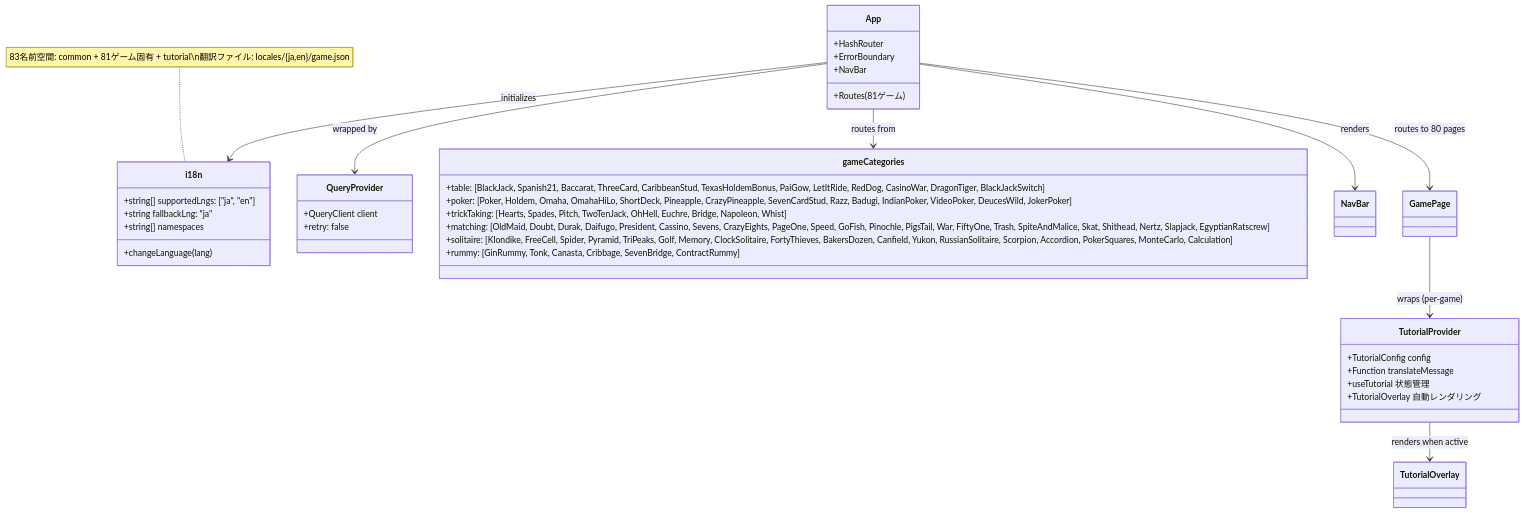
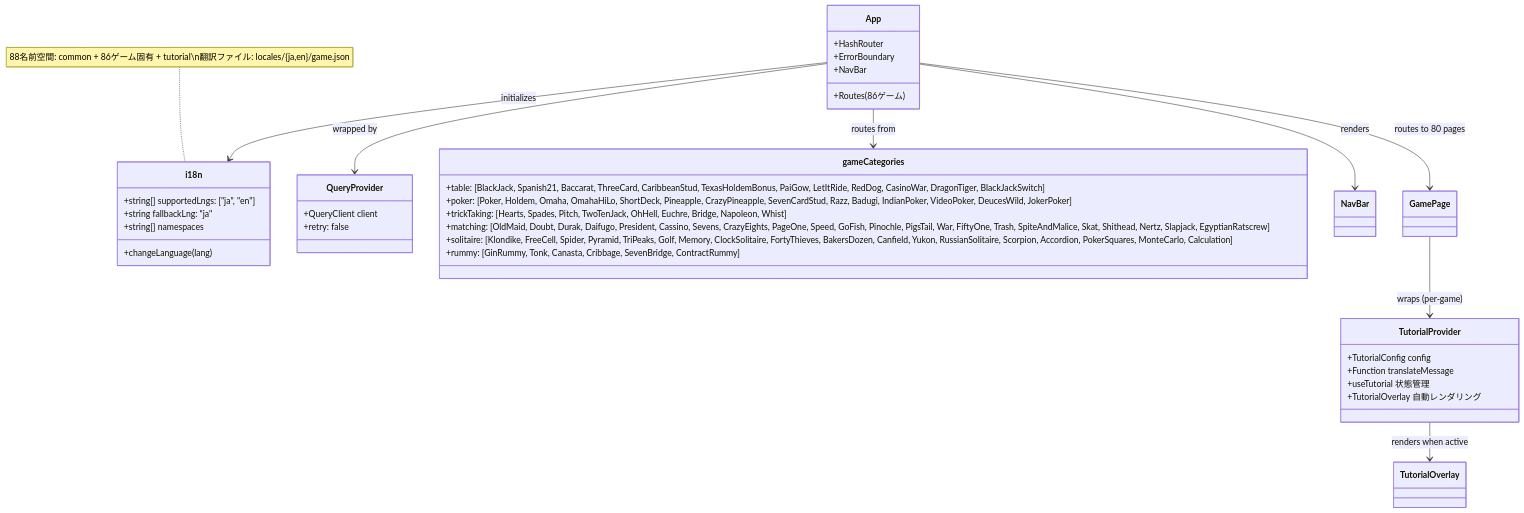
One commit to yuta-yoshinaga/go_trumpcards changed the ninth of 40 diagrams in docs/design/frontend.md. Above: the diagram before and after it, drawn with Mermaid. The commit also changed other lines of this file and 3 other files, not shown here.

````diff
--- a/docs/design/frontend.md
+++ b/docs/design/frontend.md
@@ -1882,47 +1882,47 @@
 ```mermaid
 classDiagram
     class i18n {
         +string[] supportedLngs: ["ja", "en"]
         +string fallbackLng: "ja"
         +string[] namespaces
         +changeLanguage(lang)
     }
 
     class QueryProvider {
         +QueryClient client
         +retry: false
     }
 
     class App {
         +HashRouter
         +ErrorBoundary
         +NavBar
-        +Routes (81ゲーム)
+        +Routes (86ゲーム)
     }
 
     class gameCategories {
         +table: [BlackJack, Spanish21, Baccarat, ThreeCard, CaribbeanStud, TexasHoldemBonus, PaiGow, LetItRide, RedDog, CasinoWar, DragonTiger, BlackJackSwitch]
         +poker: [Poker, Holdem, Omaha, OmahaHiLo, ShortDeck, Pineapple, CrazyPineapple, SevenCardStud, Razz, Badugi, IndianPoker, VideoPoker, DeucesWild, JokerPoker]
         +trickTaking: [Hearts, Spades, Pitch, TwoTenJack, OhHell, Euchre, Bridge, Napoleon, Whist]
         +matching: [OldMaid, Doubt, Durak, Daifugo, President, Cassino, Sevens, CrazyEights, PageOne, Speed, GoFish, Pinochle, PigsTail, War, FiftyOne, Trash, SpiteAndMalice, Skat, Shithead, Nertz, Slapjack, EgyptianRatscrew]
         +solitaire: [Klondike, FreeCell, Spider, Pyramid, TriPeaks, Golf, Memory, ClockSolitaire, FortyThieves, BakersDozen, Canfield, Yukon, RussianSolitaire, Scorpion, Accordion, PokerSquares, MonteCarlo, Calculation]
         +rummy: [GinRummy, Tonk, Canasta, Cribbage, SevenBridge, ContractRummy]
     }
 
     class TutorialProvider {
         +TutorialConfig config
         +Function translateMessage
         +useTutorial 状態管理
         +TutorialOverlay 自動レンダリング
     }
 
     App --> QueryProvider : wrapped by
     App --> i18n : initializes
     App --> gameCategories : routes from
     App --> NavBar : renders
     App --> GamePage : routes to 80 pages
     GamePage --> TutorialProvider : wraps (per-game)
     TutorialProvider --> TutorialOverlay : renders when active
 
-    note for i18n "83名前空間: common + 81ゲーム固有 + tutorial\n翻訳ファイル: locales/{ja,en}/game.json"
+    note for i18n "88名前空間: common + 86ゲーム固有 + tutorial\n翻訳ファイル: locales/{ja,en}/game.json"
 ```
````
